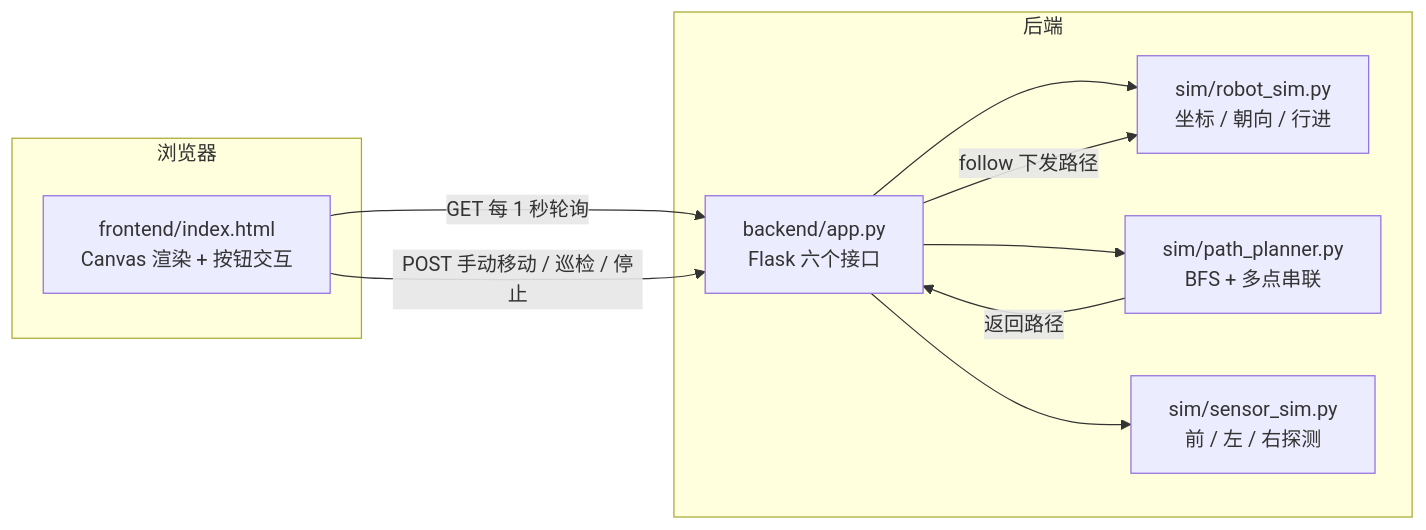
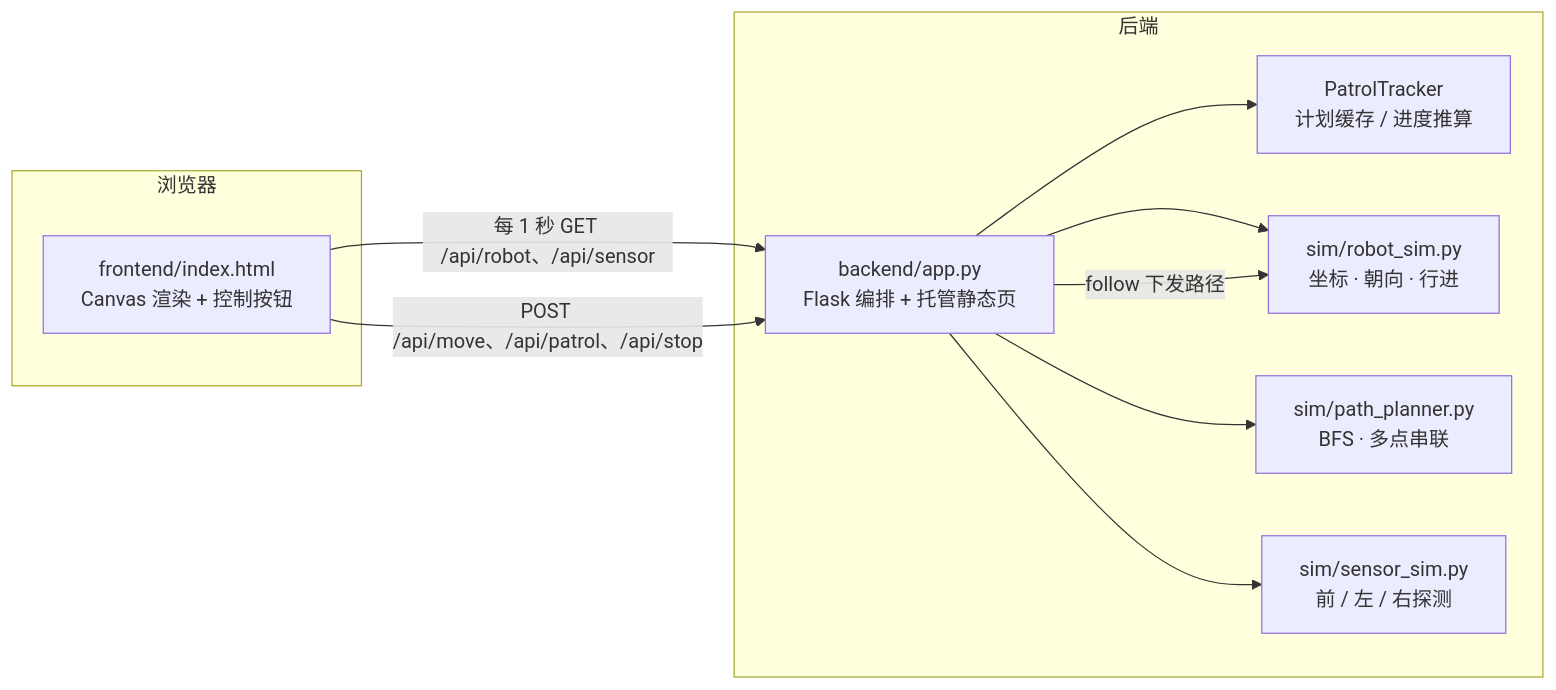
One commit to ruisen77-gif/patrol-sim-std changed the diagram in docs/03_项目架构与接口.md. Above: the diagram before and after it, drawn with Mermaid. The commit also changed other lines of this file, not shown here.

````diff
--- a/docs/03_项目架构与接口.md
+++ b/docs/03_项目架构与接口.md
@@ -7,19 +20,20 @@
 ```mermaid
 graph LR
     subgraph 浏览器
-        UI[frontend/index.html<br/>Canvas 渲染 + 按钮交互]
+        UI[frontend/index.html<br/>Canvas 渲染 + 控制按钮]
     end
     subgraph 后端
-        APP[backend/app.py<br/>Flask 六个接口]
-        ROBOT[sim/robot_sim.py<br/>坐标 / 朝向 / 行进]
-        PLAN[sim/path_planner.py<br/>BFS + 多点串联]
+        APP[backend/app.py<br/>Flask 编排 + 托管静态页]
+        TRACK[PatrolTracker<br/>计划缓存 / 进度推算]
+        ROBOT[sim/robot_sim.py<br/>坐标 · 朝向 · 行进]
+        PLAN[sim/path_planner.py<br/>BFS · 多点串联]
         SENSOR[sim/sensor_sim.py<br/>前 / 左 / 右探测]
     end
-    UI -->|GET 每 1 秒轮询| APP
-    UI -->|POST 手动移动 / 巡检 / 停止| APP
+    UI -->|每 1 秒 GET /api/robot、/api/sensor| APP
+    UI -->|POST /api/move、/api/patrol、/api/stop| APP
+    APP --> TRACK
     APP --> ROBOT
     APP --> PLAN
     APP --> SENSOR
-    PLAN -->|返回路径| APP
     APP -->|follow 下发路径| ROBOT
 ```
````
